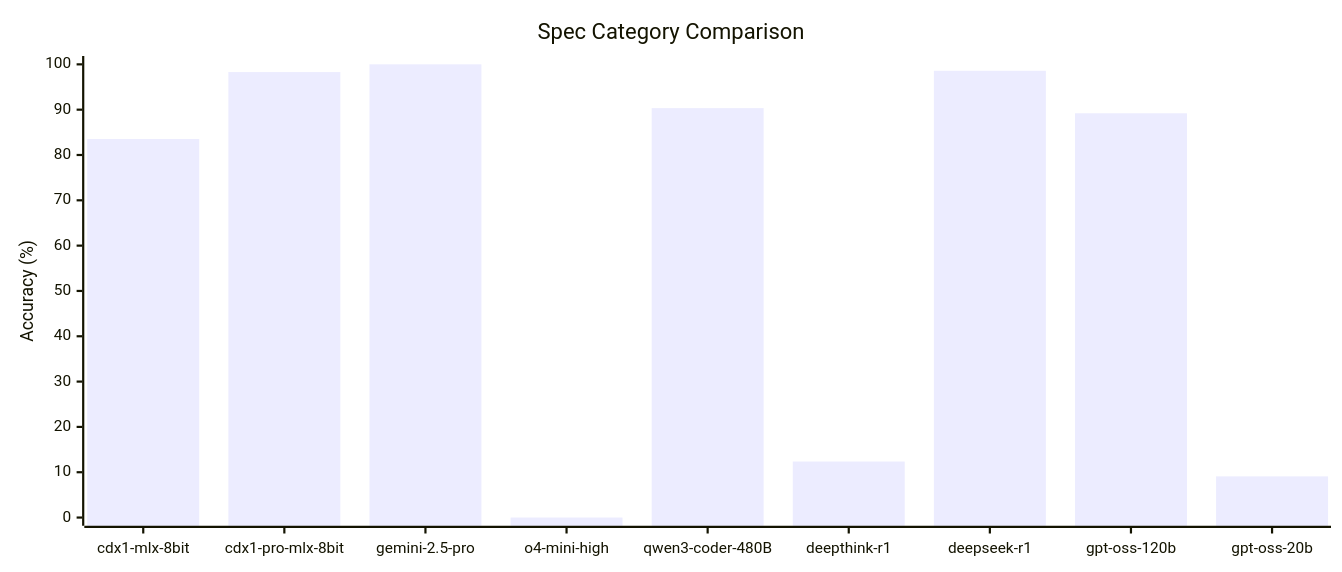
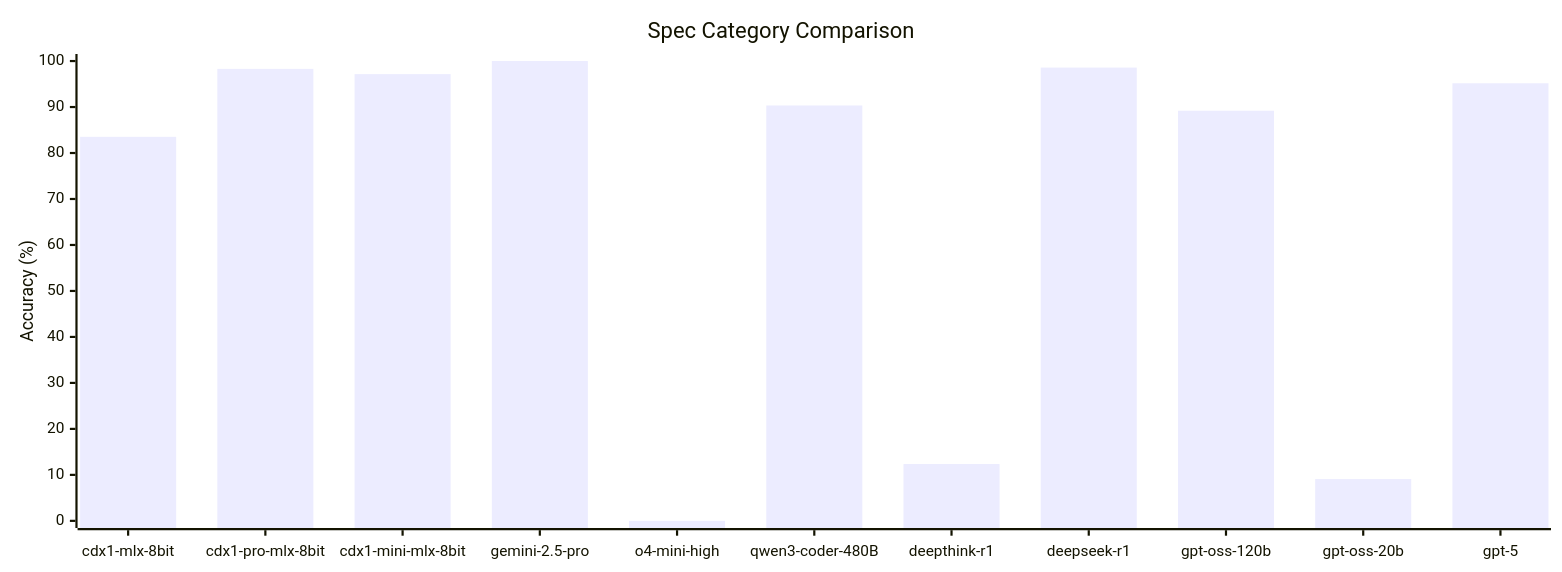
One commit to CycloneDX/cdxgen changed the second of 2 diagrams in contrib/cdx1/REPORT.md. Above: the diagram before and after it, drawn with Mermaid. The commit also changed other lines of this file, not shown here.

Commit message:
Update cdx1 report

````diff
--- a/contrib/cdx1/REPORT.md
+++ b/contrib/cdx1/REPORT.md
@@ -65,13 +105,13 @@
 ```mermaid
 ---
 config:
   xyChart:
-    width: 1200
+    width: 1400
 ---
 %%{init: {'theme': 'default'}}%%
 xychart-beta
     title "Spec Category Comparison"
-    x-axis [cdx1-mlx-8bit, cdx1-pro-mlx-8bit, gemini-2.5-pro, o4-mini-high, qwen3-coder-480B, deepthink-r1, deepseek-r1, gpt-oss-120b, gpt-oss-20b]
+    x-axis [cdx1-mlx-8bit, cdx1-pro-mlx-8bit, cdx1-mini-mlx-8bit, gemini-2.5-pro, o4-mini-high, qwen3-coder-480B, deepthink-r1, deepseek-r1, gpt-oss-120b, gpt-oss-20b, gpt-5]
     y-axis "Accuracy (%)" 0 --> 100
-    bar [83.52, 98.3, 100, 0, 90.34, 12.36, 98.58, 89.2, 9.09]
+    bar [83.52, 98.3, 97.16, 100, 0, 90.34, 12.36, 98.58, 89.2, 9.09, 95.17]
 ```
````
